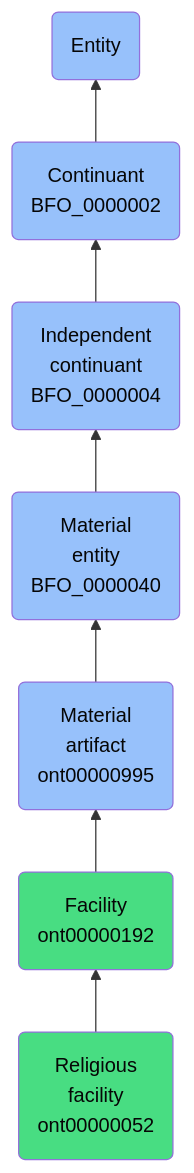
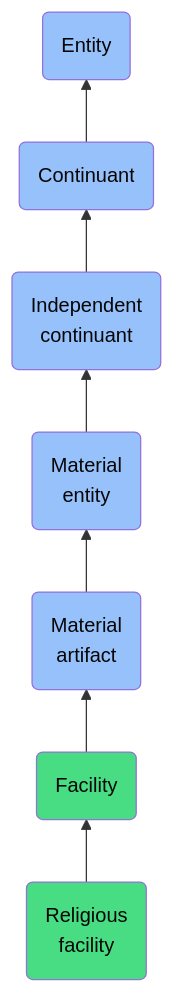
Before and after one commit to jupyter-naas/abi: the diagram in docs/ontology/reference/model/Entity/Continuant/Independent continuant/Material entity/Material artifact/Facility/Religious facility/Religious facility.md, drawn with Mermaid. The commit also changed other lines of this file and 1430 other files, not shown here.

````diff
--- a/docs/ontology/reference/model/Entity/Continuant/Independent continuant/Material entity/Material artifact/Facility/Religious facility/Religious facility.md
+++ b/docs/ontology/reference/model/Entity/Continuant/Independent continuant/Material entity/Material artifact/Facility/Religious facility/Religious facility.md
@@ -24,14 +24,14 @@
 ```mermaid
 graph BT
-    ont00000052(Religious<br>facility<br>ont00000052):::ABI-->ont00000192
-    ont00000192(Facility<br>ont00000192):::ABI-->ont00000995
-    ont00000995(Material<br>artifact<br>ont00000995):::BFO-->BFO_0000040
-    BFO_0000040(Material<br>entity<br>BFO_0000040):::BFO-->BFO_0000004
-    BFO_0000004(Independent<br>continuant<br>BFO_0000004):::BFO-->BFO_0000002
-    BFO_0000002(Continuant<br>BFO_0000002):::BFO-->BFO_0000001
+    ont00000052(Religious<br>facility):::ABI-->ont00000192
+    ont00000192(Facility):::ABI-->ont00000995
+    ont00000995(Material<br>artifact):::BFO-->BFO_0000040
+    BFO_0000040(Material<br>entity):::BFO-->BFO_0000004
+    BFO_0000004(Independent<br>continuant):::BFO-->BFO_0000002
+    BFO_0000002(Continuant):::BFO-->BFO_0000001
     BFO_0000001(Entity):::BFO
     
     classDef BFO fill:#97c1fb,color:#060606
     classDef CCO fill:#e4c51e,color:#060606
     classDef ABI fill:#48DD82,color:#060606
 ```
````
